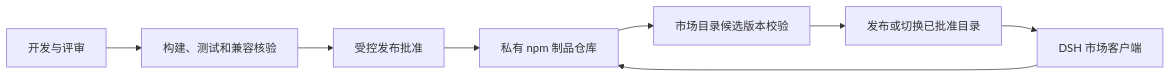
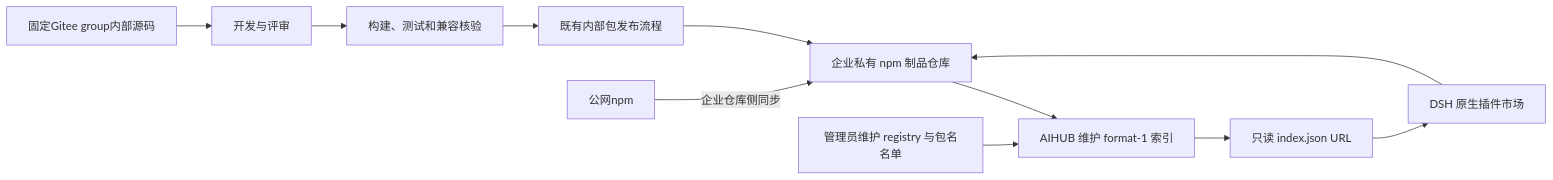
The diagram in docs/engineering/repository-structure-design.md (hrygo/heluo-forge), drawn with Mermaid before and after one commit. The commit also changed other lines of this file and 36 other files, not shown here.

First line of the commit message:
feat(market): 切换为 AIHUB 原生 format-1 索引轻量模式 (#11)

````diff
--- a/docs/engineering/repository-structure-design.md
+++ b/docs/engineering/repository-structure-design.md
@@ -146,10 +146,13 @@
 ```mermaid
 flowchart LR
-  C[开发与评审] --> T[构建、测试和兼容核验]
-  T --> A[受控发布批准]
-  A --> R[私有 npm 制品仓库]
-  R --> I[市场目录候选版本校验]
-  I --> P[发布或切换已批准目录]
-  P --> D[DSH 市场客户端]
+  G[固定Gitee group内部源码] --> C[开发与评审]
+  C --> T[构建、测试和兼容核验]
+  T --> A[既有内部包发布流程]
+  A --> R[企业私有 npm 制品仓库]
+  U[公网npm] -->|企业仓库侧同步| R
+  R --> I[AIHUB 维护 format-1 索引]
+  W[管理员维护 registry 与包名名单] --> I
+  I --> P[只读 index.json URL]
+  P --> D[DSH 原生插件市场]
   D --> R
 ```
````
